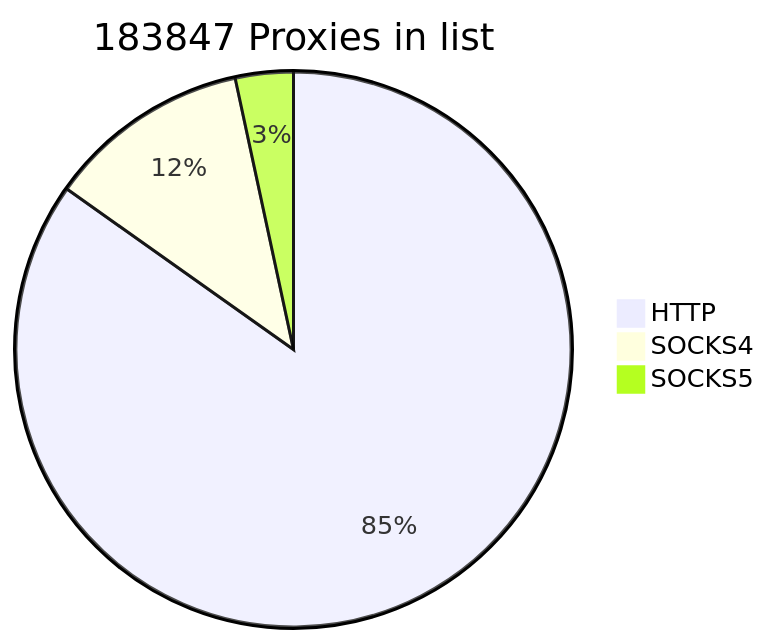
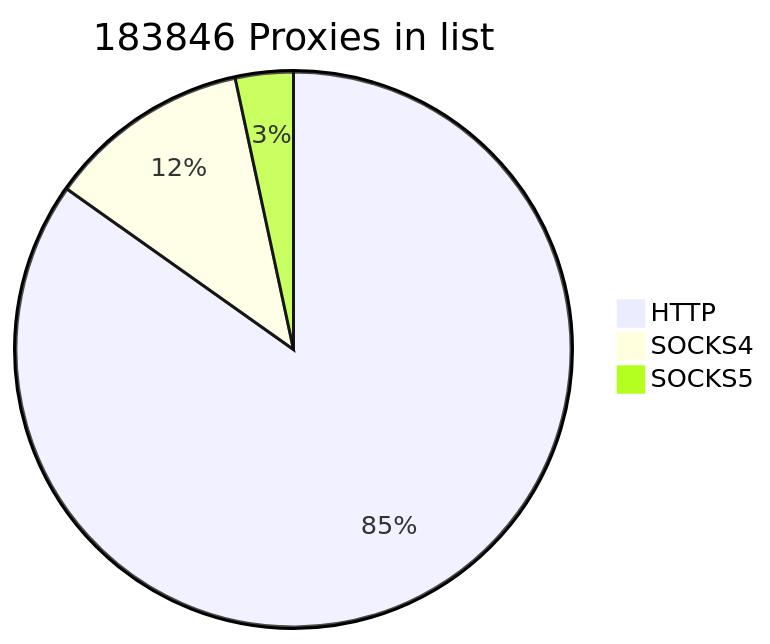
One commit to cutipu/proxylist changed the first of 2 diagrams in README.md. Above: the diagram before and after it, drawn with Mermaid. The commit also changed other lines of this file, not shown here.

````diff
--- a/README.md
+++ b/README.md
@@ -2,7 +2,7 @@
 ```mermaid
-pie title 183847 Proxies in list
-    "HTTP" : 155920
-    "SOCKS4" : 21731
-    "SOCKS5" : 6196
+pie title 183846 Proxies in list
+    "HTTP" : 155919
+    "SOCKS4" : 21730
+    "SOCKS5" : 6197
             
 ```
````
